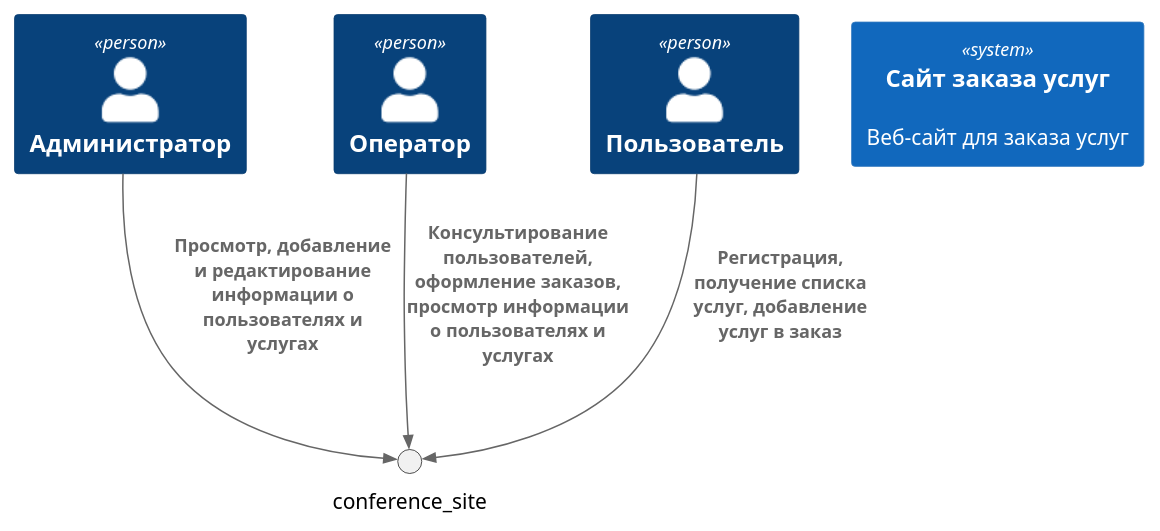
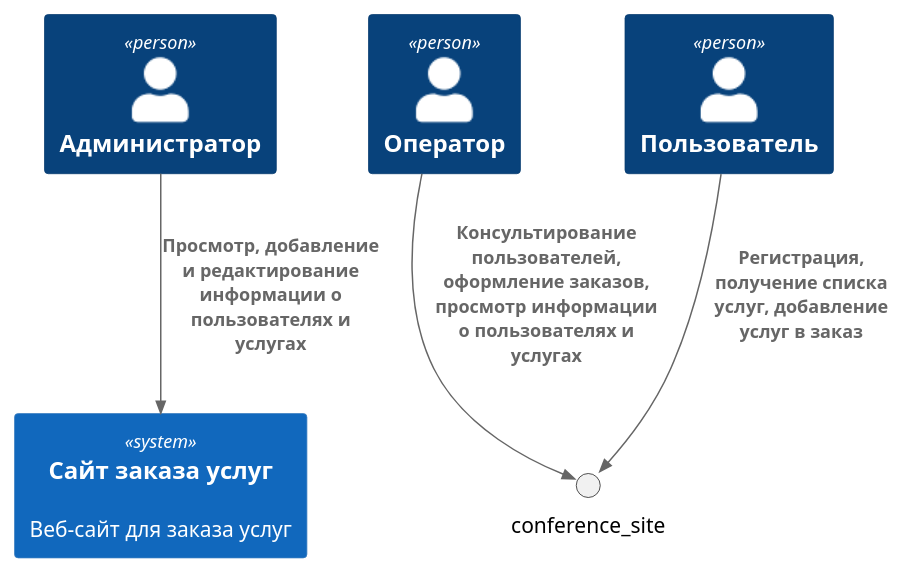
The diagram in hl_mai_lab_00/context.md (KsuPav/SoftwareArchitecture), drawn with PlantUML before and after one commit.

````diff
--- a/hl_mai_lab_00/context.md
+++ b/hl_mai_lab_00/context.md
@@ -4,20 +4,20 @@
 ```plantuml
 @startuml
 !include https://raw.githubusercontent.com/plantuml-stdlib/C4-PlantUML/master/C4_Container.puml
 
 Person(admin, "Администратор")
 Person(operator, "Оператор")
 Person(user, "Пользователь")
 
 System(service_order, "Сайт заказа услуг", "Веб-сайт для заказа услуг")
 
 
 
-Rel(admin, conference_site, "Просмотр, добавление и редактирование информации о пользователях и услугах")
+Rel(admin, service_order, "Просмотр, добавление и редактирование информации о пользователях и услугах")
 Rel(operator, conference_site, "Консультирование пользователей, оформление заказов, просмотр информации о пользователях и услугах")
 Rel(user, conference_site, "Регистрация, получение списка услуг, добавление услуг в заказ")
 
 
 
 @enduml
 ```
````
